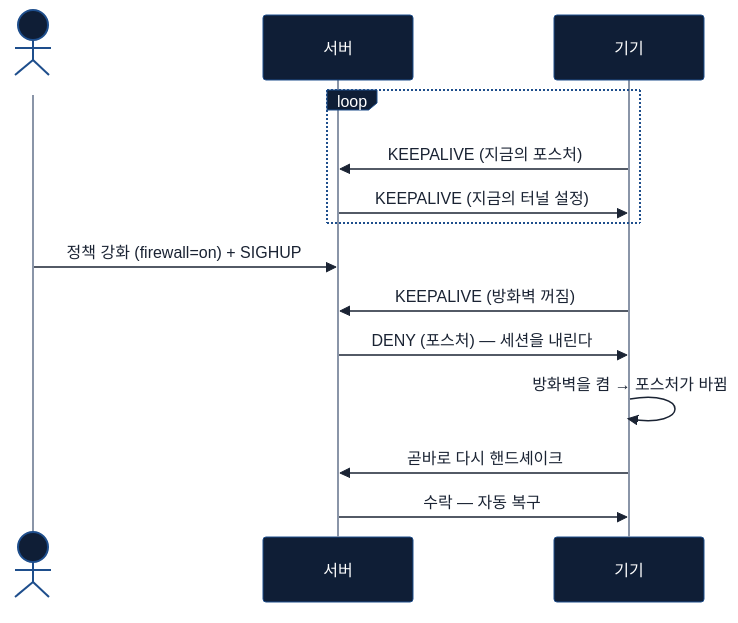
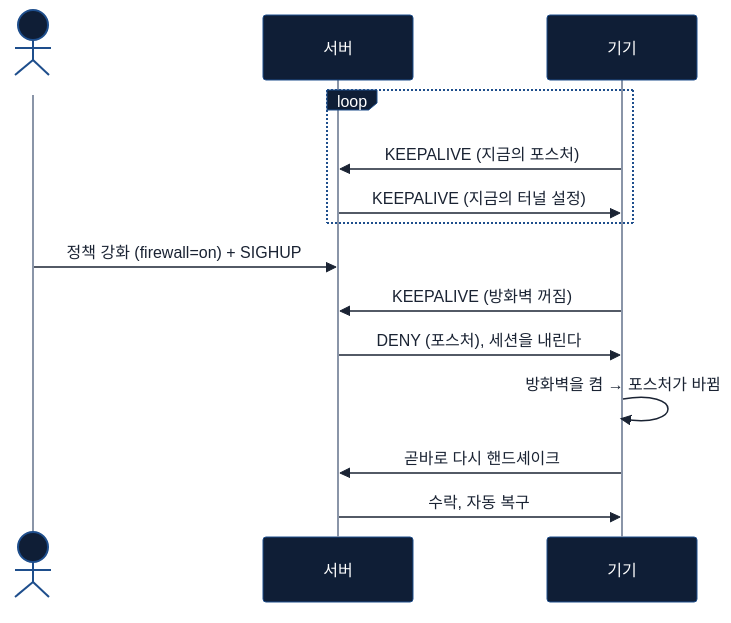
One commit to k1msatgat/ztgate changed the fourth of 6 diagrams in README.md. Above: the diagram before and after it, drawn with Mermaid. The commit also changed other lines of this file, not shown here.

````diff
--- a/README.md
+++ b/README.md
@@ -564,17 +564,17 @@
 ```mermaid
 %%{init: {'theme':'base','themeVariables':{'primaryColor':'#E6EEF8','primaryTextColor':'#1A2333','primaryBorderColor':'#1E4E8C','lineColor':'#5B6678','secondaryColor':'#E3F4F1','tertiaryColor':'#F5F7FA','actorBkg':'#0F1E36','actorTextColor':'#FFFFFF','actorBorder':'#1E4E8C','actorLineColor':'#8A95A8','signalColor':'#1A2333','signalTextColor':'#1A2333','noteBkgColor':'#E3F4F1','noteTextColor':'#1A2333','noteBorderColor':'#2A9D8F','labelBoxBkgColor':'#0F1E36','labelTextColor':'#FFFFFF','activationBkgColor':'#E6EEF8','activationBorderColor':'#1E4E8C','clusterBkg':'#F5F7FA','clusterBorder':'#1E4E8C'}}}%%
 sequenceDiagram
     actor A as 관리자
     participant S as 서버
     participant C as 기기
     loop 10초마다 (포스처가 바뀌면 즉시)
         C->>S: KEEPALIVE (지금의 포스처)
         S->>C: KEEPALIVE (지금의 터널 설정)
     end
     A->>S: 정책 강화 (firewall=on) + SIGHUP
     C->>S: KEEPALIVE (방화벽 꺼짐)
-    S->>C: DENY (포스처) — 세션을 내린다
+    S->>C: DENY (포스처), 세션을 내린다
     C->>C: 방화벽을 켬 → 포스처가 바뀜
     C->>S: 곧바로 다시 핸드셰이크
-    S->>C: 수락 — 자동 복구
+    S->>C: 수락, 자동 복구
 ```
````
